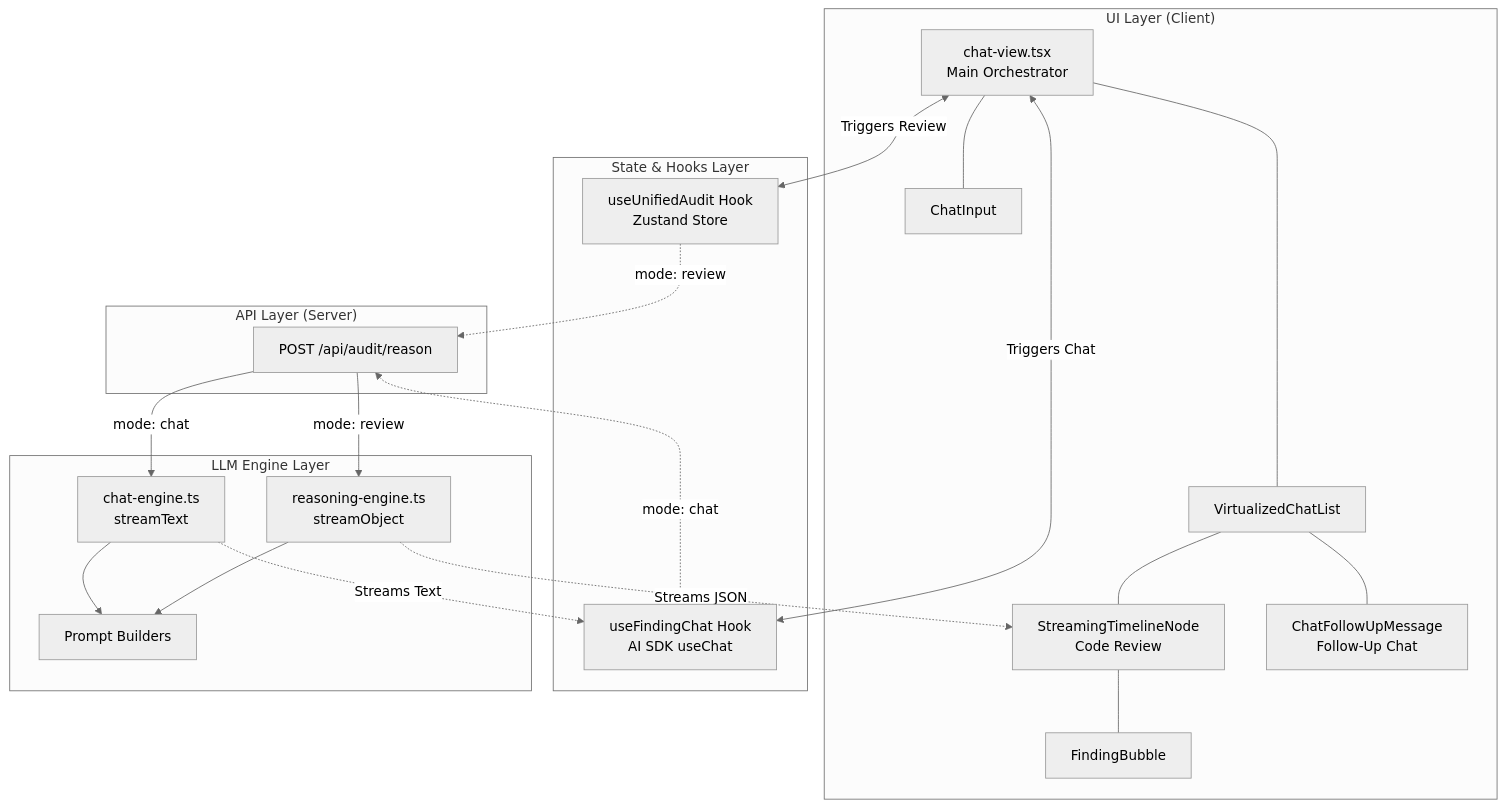
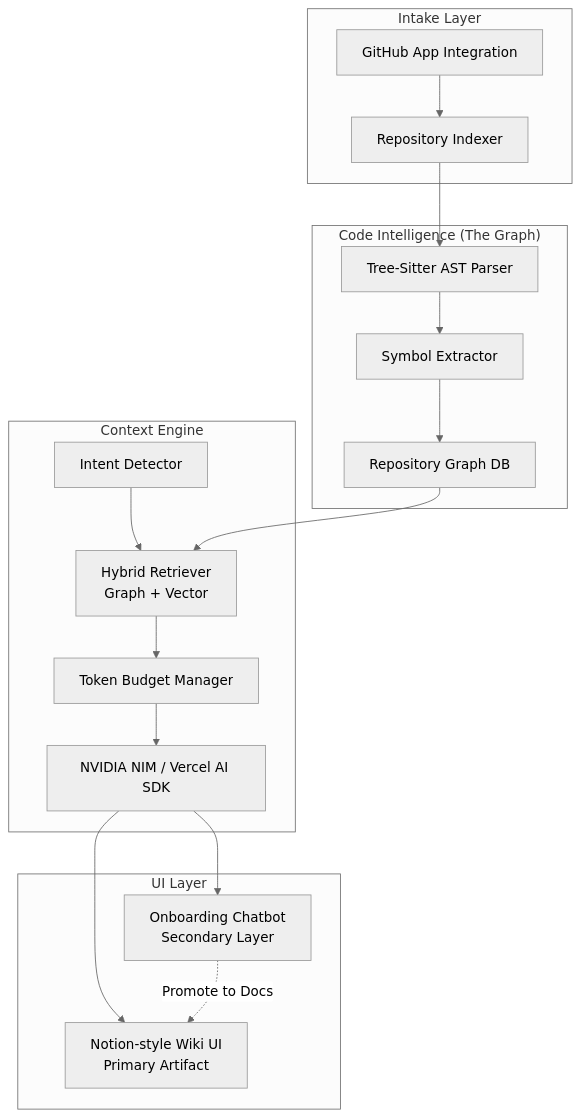
One commit to karuna2000/CodeSentinel changed the diagram in README.md. Above: the diagram before and after it, drawn with Mermaid (neutral theme). The commit also changed other lines of this file and 102 other files, not shown here.

First line of the commit message:
feat: CodeSentinel repository intelligence platform

````diff
--- a/README.md
+++ b/README.md
@@ -27,52 +30,43 @@
 ```mermaid
 graph TD
-    %% UI Components
-    subgraph "UI Layer (Client)"
-        CV[chat-view.tsx<br/>Main Orchestrator]
-        CI[ChatInput]
-        VCL[VirtualizedChatList]
-        STN[StreamingTimelineNode<br/>Code Review]
-        FB[FindingBubble]
-        CFM[ChatFollowUpMessage<br/>Follow-Up Chat]
-        
-        CV --- CI
-        CV --- VCL
-        VCL --- STN
-        STN --- FB
-        VCL --- CFM
+    %% GitHub Intake
+    subgraph "Intake Layer"
+        GH[GitHub App Integration]
+        RI[Repository Indexer]
     end
 
-    %% State & Hooks
-    subgraph "State & Hooks Layer"
-        UUA[useUnifiedAudit Hook<br/>Zustand Store]
-        UFC[useFindingChat Hook<br/>AI SDK useChat]
+    %% Intelligence Layer
+    subgraph "Code Intelligence (The Graph)"
+        TS[Tree-Sitter AST Parser]
+        SE[Symbol Extractor]
+        RG[Repository Graph DB]
         
-        CV <-->|Triggers Review| UUA
-        CV <-->|Triggers Chat| UFC
+        TS --> SE
+        SE --> RG
     end
 
-    %% API Routes
-    subgraph "API Layer (Server)"
-        API[POST /api/audit/reason]
+    %% Context & AI
+    subgraph "Context Engine"
+        ID[Intent Detector]
+        HR[Hybrid Retriever<br/>Graph + Vector]
+        TB[Token Budget Manager]
+        LLM[NVIDIA NIM / Vercel AI SDK]
+        
+        ID --> HR
+        HR --> TB
+        TB --> LLM
     end
 
-    %% AI Engines
-    subgraph "LLM Engine Layer"
-        RE[reasoning-engine.ts<br/>streamObject]
-        CE[chat-engine.ts<br/>streamText]
-        PB[Prompt Builders]
+    %% UI Output
+    subgraph "UI Layer"
+        WIKI[Notion-style Wiki UI<br/>Primary Artifact]
+        CHAT[Onboarding Chatbot<br/>Secondary Layer]
     end
 
-    %% Connections
-    UUA -.->|mode: review| API
-    UFC -.->|mode: chat| API
-
-    API -->|mode: review| RE
-    API -->|mode: chat| CE
-    
-    RE --> PB
-    CE --> PB
-    
-    RE -.->|Streams JSON| STN
-    CE -.->|Streams Text| UFC
+    GH --> RI
+    RI --> TS
+    RG --> HR
+    LLM --> WIKI
+    LLM --> CHAT
+    CHAT -.->|Promote to Docs| WIKI
 ```
````
